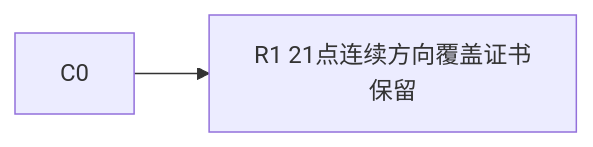
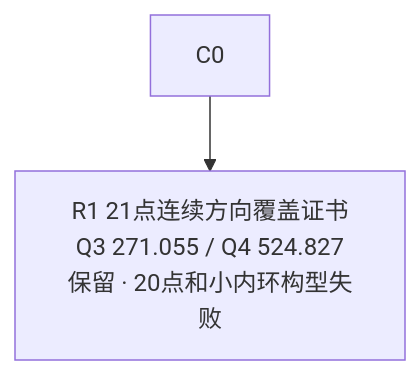
The tenth of 10 diagrams in experiments/R1_atlas/DIRECTION_MAP.md (xiangguaguadadi-dot/cumcm2026-b), drawn with Mermaid before and after one commit. The commit also changed other lines of this file and 81 other files, not shown here.

````diff
--- a/experiments/R1_atlas/DIRECTION_MAP.md
+++ b/experiments/R1_atlas/DIRECTION_MAP.md
@@ -272,5 +276,5 @@
 ```mermaid
-flowchart LR
-  B3_R1["R1 21点连续方向覆盖证书<br/>保留"]
+flowchart TB
+  B3_R1["R1 21点连续方向覆盖证书<br/>Q3 271.055 / Q4 524.827<br/>保留 · 20点和小内环构型失败"]
   C0 --> B3_R1
 ```
````
